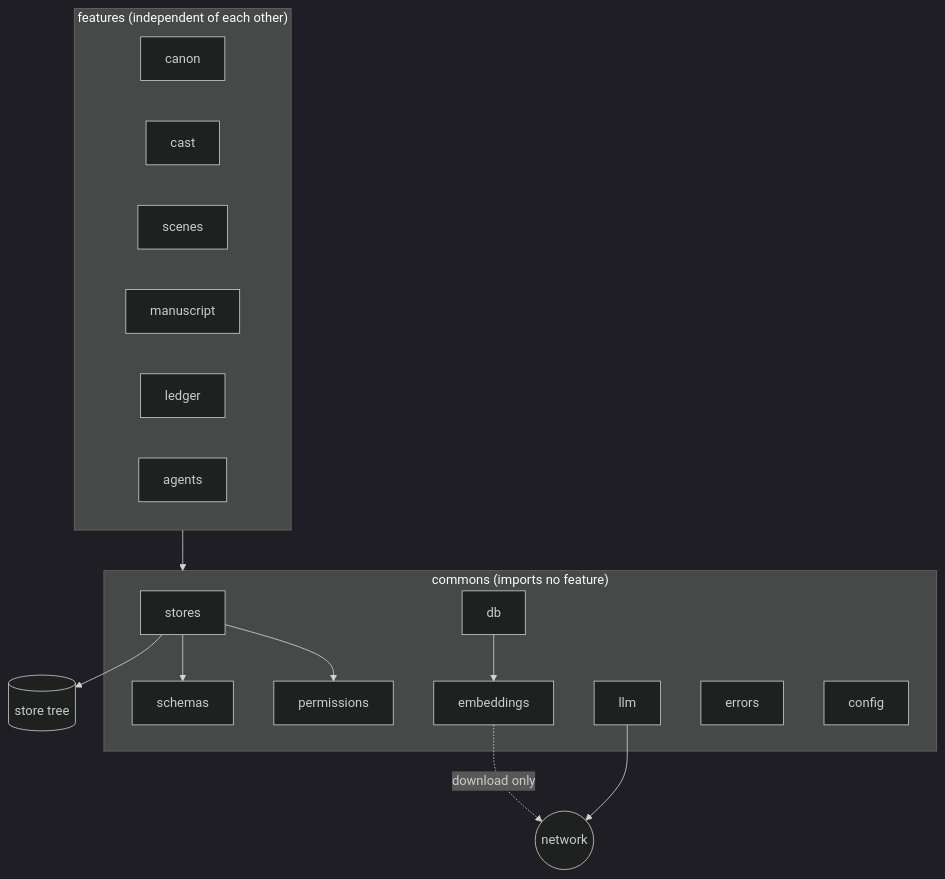
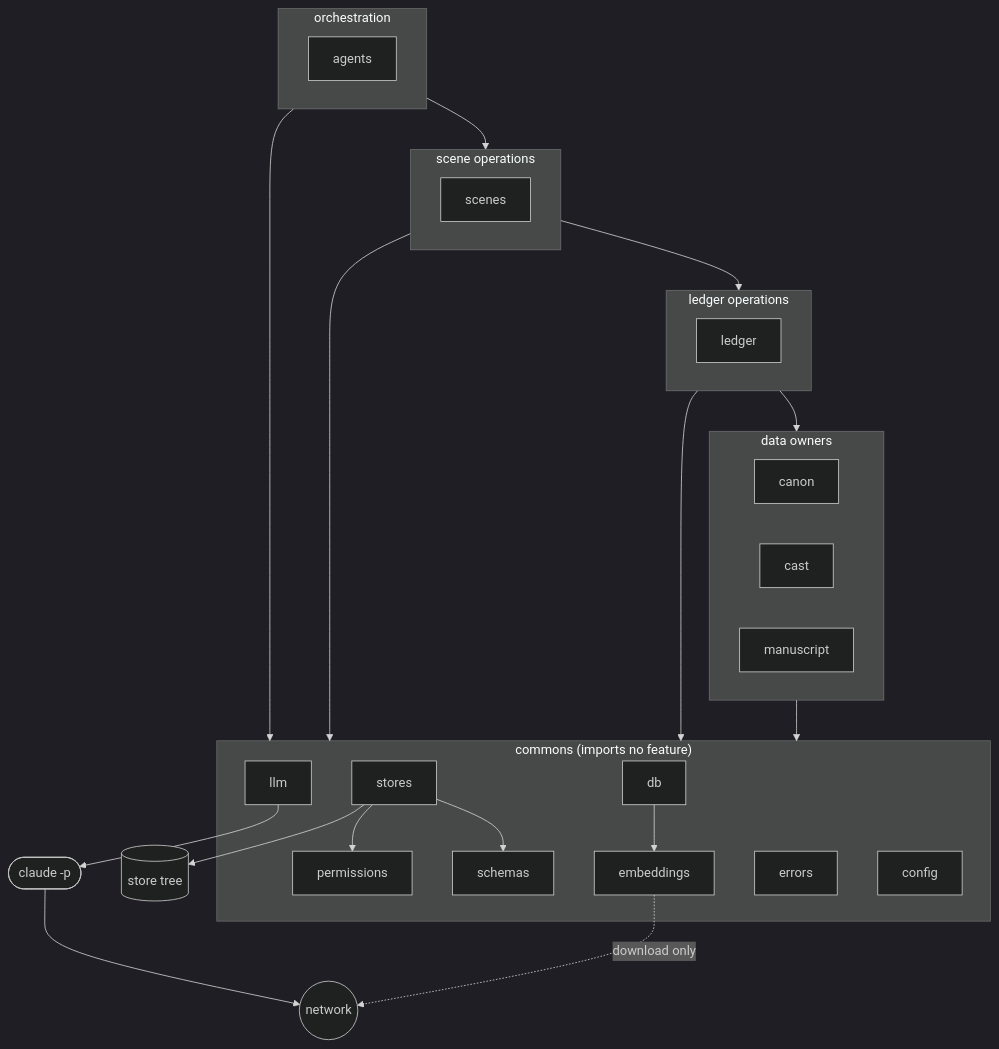
The third of 3 diagrams in specs/001-backend-foundation.md (ignacio-hurtado-qaracter/My-Story-Marker), drawn with Mermaid (dark theme) before and after one commit. The commit also changed other lines of this file, not shown here.

````diff
--- a/specs/001-backend-foundation.md
+++ b/specs/001-backend-foundation.md
@@ -414,30 +440,41 @@
 ```mermaid
 flowchart TB
-  subgraph F["features (independent of each other)"]
+  subgraph L1["orchestration"]
+    agents
+  end
+  subgraph L2["scene operations"]
+    scenes
+  end
+  subgraph L3["ledger operations"]
+    ledger
+  end
+  subgraph L4["data owners"]
     canon
     cast
-    scenes
     manuscript
-    ledger
-    agents
   end
   subgraph C["commons (imports no feature)"]
     stores
     permissions
     schemas
     db
     embeddings
     llm
     errors
     config
   end
-  F --> C
+  L1 --> L2
+  L2 --> L3
+  L3 --> L4
+  L1 & L2 & L3 & L4 --> C
   stores --> permissions
   stores --> schemas
   db --> embeddings
   FS[("store tree")]
   NET(("network"))
+  CLI(["claude -p"])
   stores --> FS
-  llm --> NET
+  llm --> CLI
+  CLI --> NET
   embeddings -. "download only" .-> NET
 ```
````
